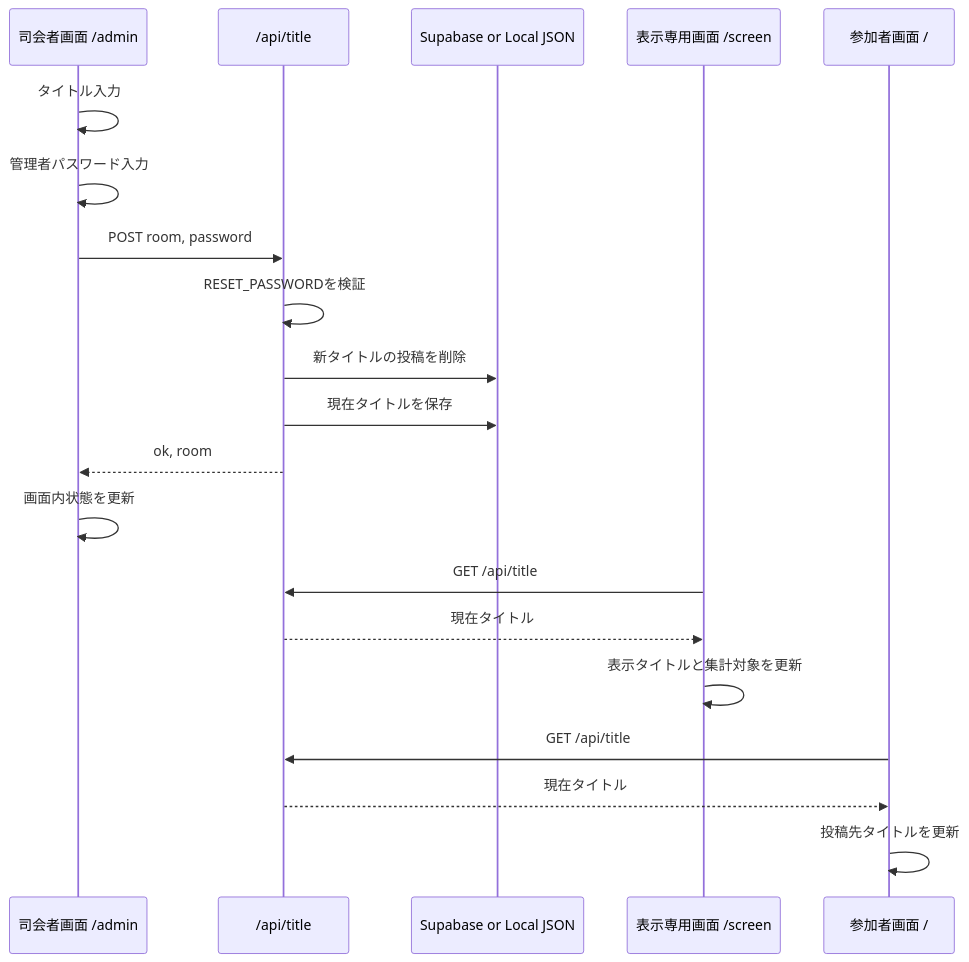
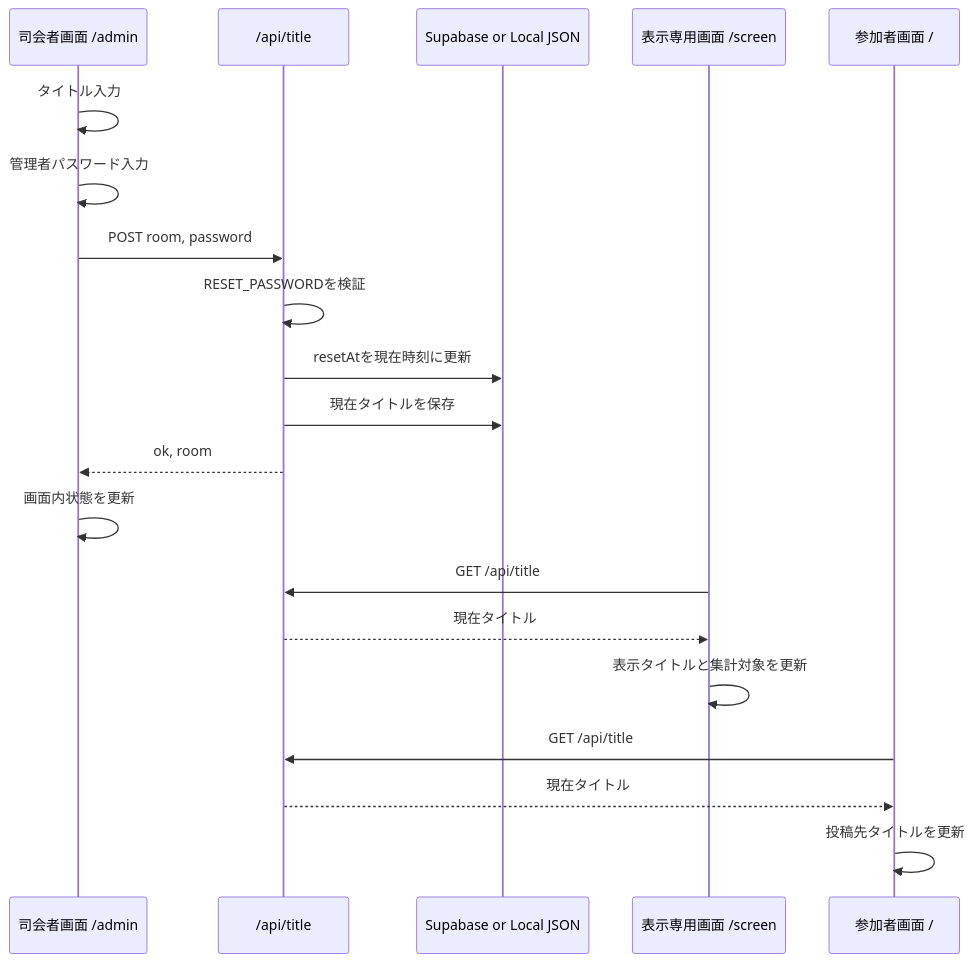
The fourth of 6 diagrams in SYSTEM_ARCHITECTURE.md (KDLYasuba/vercel-live-word-cloud), drawn with Mermaid before and after one commit. The commit also changed other lines of this file and 10 other files, not shown here.

````diff
--- a/SYSTEM_ARCHITECTURE.md
+++ b/SYSTEM_ARCHITECTURE.md
@@ -79,23 +85,23 @@
 ```mermaid
 sequenceDiagram
   participant MC as 司会者画面 /admin
   participant API as /api/title
   participant DB as Supabase or Local JSON
   participant SC as 表示専用画面 /screen
   participant PT as 参加者画面 /
 
   MC->>MC: タイトル入力
   MC->>MC: 管理者パスワード入力
   MC->>API: POST room, password
   API->>API: RESET_PASSWORDを検証
-  API->>DB: 新タイトルの投稿を削除
+  API->>DB: resetAtを現在時刻に更新
   API->>DB: 現在タイトルを保存
   API-->>MC: ok, room
   MC->>MC: 画面内状態を更新
   SC->>API: GET /api/title
   API-->>SC: 現在タイトル
   SC->>SC: 表示タイトルと集計対象を更新
   PT->>API: GET /api/title
   API-->>PT: 現在タイトル
   PT->>PT: 投稿先タイトルを更新
 ```
````
